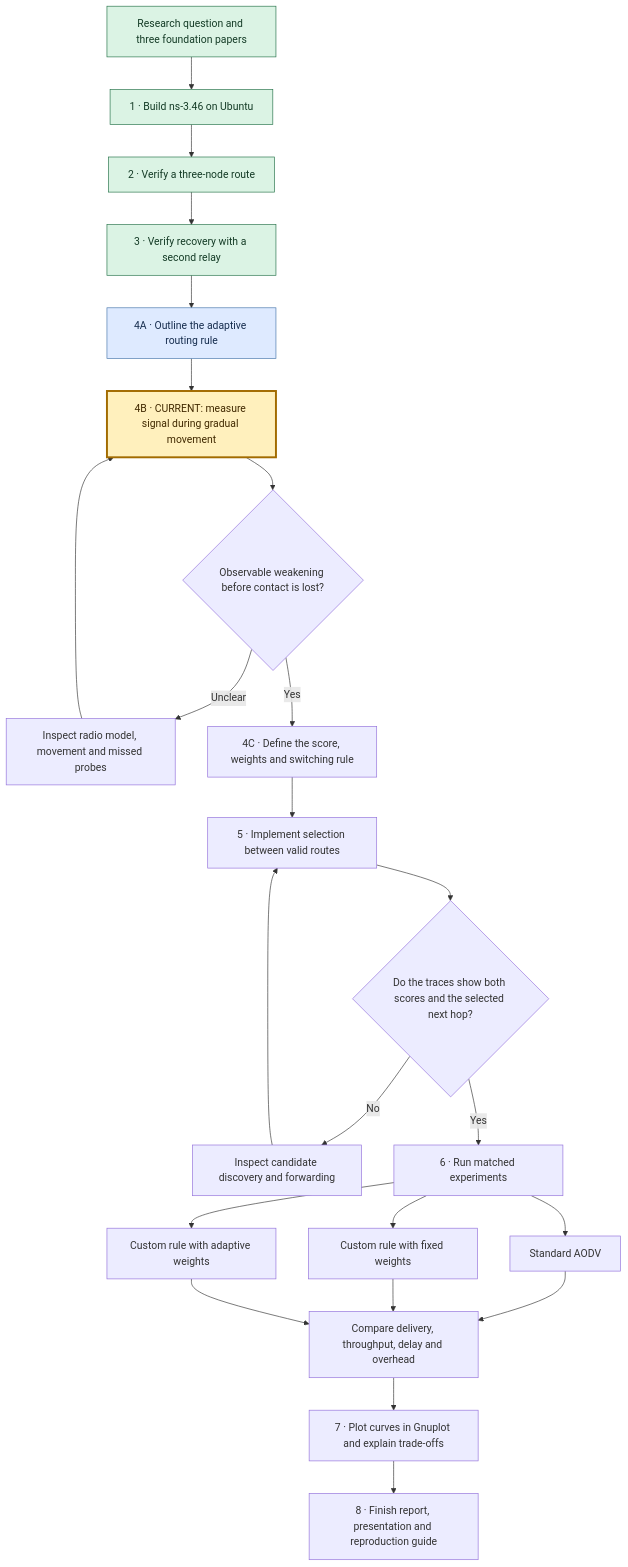
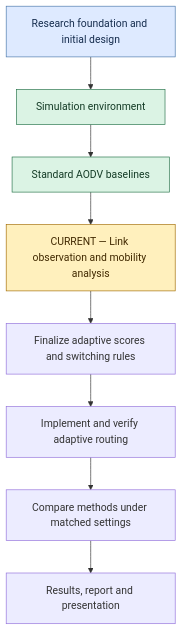
Before and after one commit to Sumit-Bhosle/Adaptive-Routing-in-MANETs: the first of 2 diagrams in README.md, drawn with Mermaid. The commit also changed other lines of this file, not shown here.

````diff
--- a/README.md
+++ b/README.md
@@ -38,31 +52,17 @@
 ```mermaid
 flowchart TD
-    A["Research question and three foundation papers"] --> B["1 · Build ns-3.46 on Ubuntu"]
-    B --> C["2 · Verify a three-node route"]
-    C --> D["3 · Verify recovery with a second relay"]
-    D --> E["4A · Outline the adaptive routing rule"]
-    E --> F["4B · CURRENT: measure signal during gradual movement"]
-    F --> G{"Observable weakening before contact is lost?"}
-    G -->|Unclear| H["Inspect radio model, movement and missed probes"]
-    H --> F
-    G -->|Yes| I["4C · Define the score, weights and switching rule"]
-    I --> J["5 · Implement selection between valid routes"]
-    J --> K{"Do the traces show both scores and the selected next hop?"}
-    K -->|No| L["Inspect candidate discovery and forwarding"]
-    L --> J
-    K -->|Yes| M["6 · Run matched experiments"]
-    M --> N["Standard AODV"]
-    M --> O["Custom rule with fixed weights"]
-    M --> P["Custom rule with adaptive weights"]
-    N --> Q["Compare delivery, throughput, delay and overhead"]
-    O --> Q
-    P --> Q
-    Q --> R["7 · Plot curves in Gnuplot and explain trade-offs"]
-    R --> S["8 · Finish report, presentation and reproduction guide"]
-    classDef done fill:#dbf3e4,stroke:#247148,color:#143b26
-    classDef proposed fill:#deeaff,stroke:#4776aa,color:#162d4e
-    classDef current fill:#fff0bd,stroke:#a26b00,color:#412900,stroke-width:3px
-    class A,B,C,D done
-    class E proposed
-    class F current
+    A["Research foundation and initial design"] --> B["Simulation environment"]
+    B --> C["Standard AODV baselines"]
+    C --> D["CURRENT — Link observation and mobility analysis"]
+    D --> E["Finalize adaptive scores and switching rules"]
+    E --> F["Implement and verify adaptive routing"]
+    F --> G["Compare methods under matched settings"]
+    G --> H["Results, report and presentation"]
+
+    classDef complete fill:#dbf3e4,stroke:#247148,color:#143b26
+    classDef current fill:#fff0bd,stroke:#a26b00,color:#412900
+    classDef ongoing fill:#deeaff,stroke:#4776aa,color:#162d4e
+    class B,C complete
+    class A ongoing
+    class D current
 ```
````
